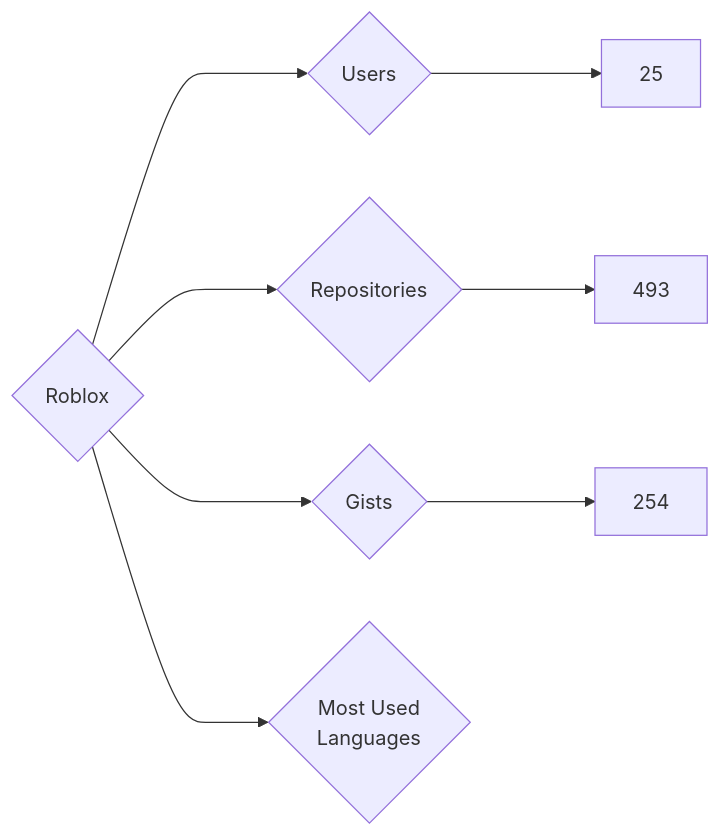
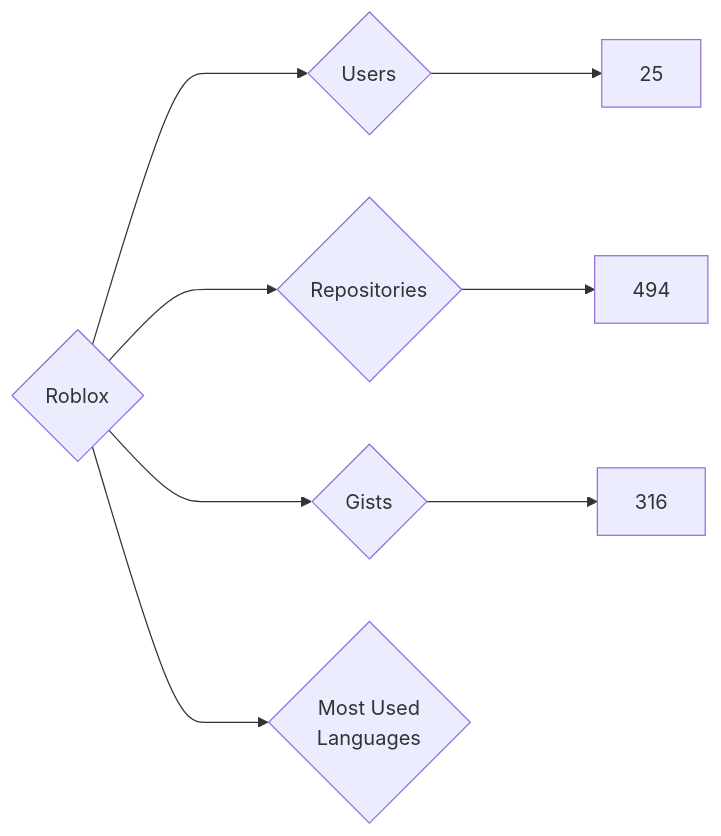
The diagram in targets/Roblox/README.md (nenadzaric/insiders), drawn with Mermaid before and after one commit. The commit also changed 1342 other files, not shown here.

````diff
--- a/targets/Roblox/README.md
+++ b/targets/Roblox/README.md
@@ -3,8 +3,8 @@
 ```mermaid
 graph LR
 COMPANY_NAME{Roblox}
 COMPANY_NAME ---> U{Users} ---> UN[25]
-COMPANY_NAME ---> R{Repositories} ---> RN[493]
-COMPANY_NAME ---> G{Gists} ---> GN[254]
+COMPANY_NAME ---> R{Repositories} ---> RN[494]
+COMPANY_NAME ---> G{Gists} ---> GN[316]
 COMPANY_NAME ---> ML{Most Used<br>Languages}
 ```
````
